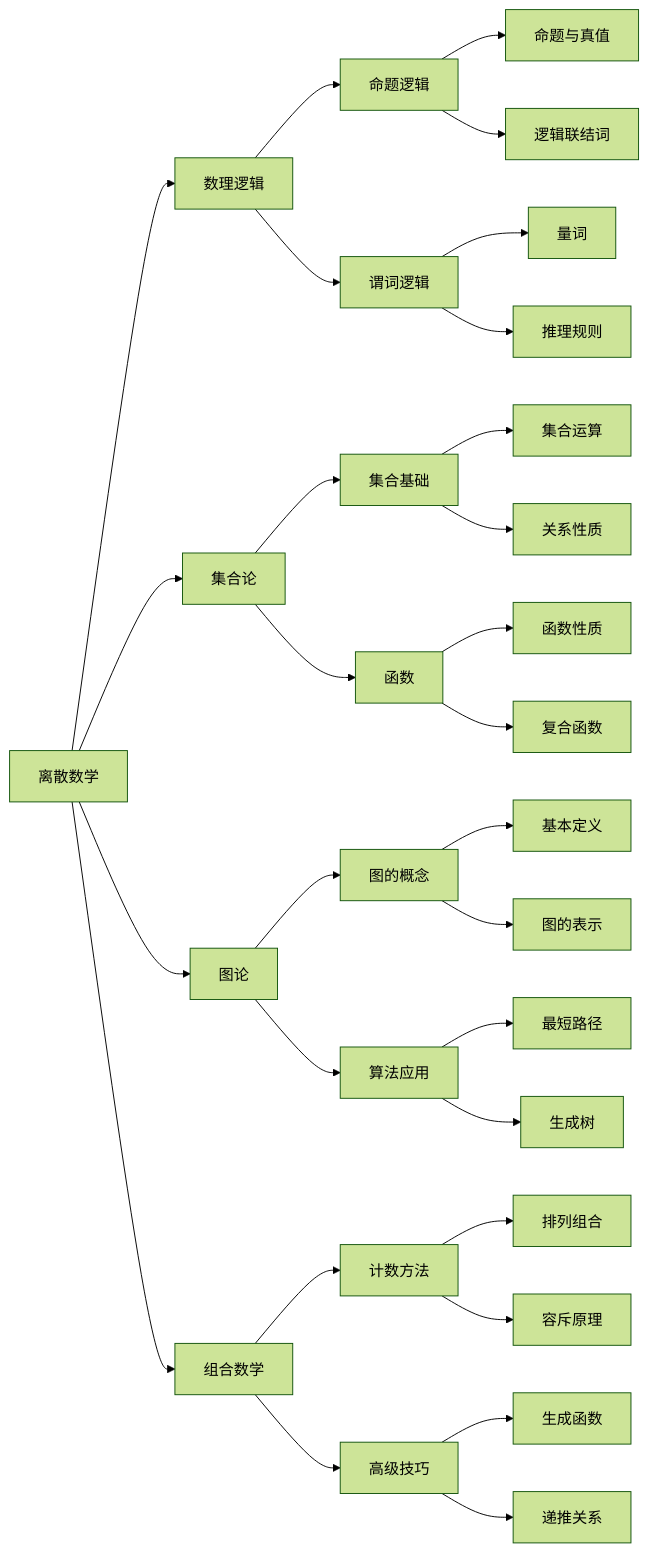
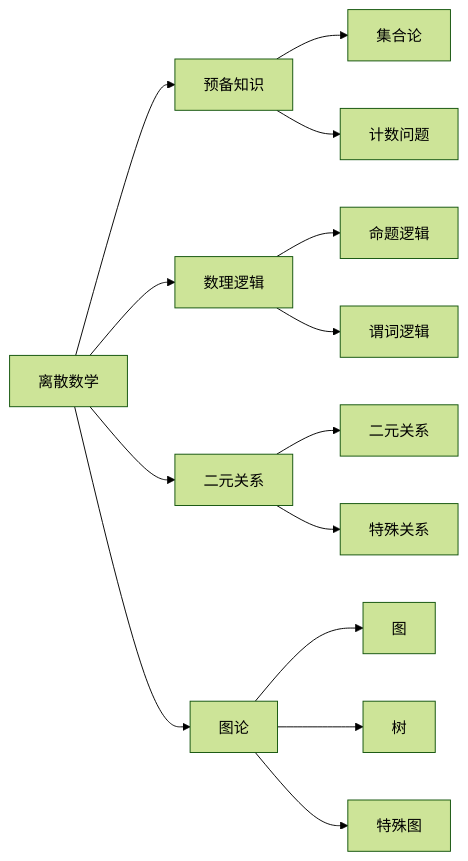
The diagram in _posts/uestc_course/2025-06-02-Discrete_mathematics.md (lanzinytt/lanzinytt.github.io), drawn with Mermaid (forest theme) before and after one commit. The commit also changed other lines of this file, not shown here.

```diff
--- a/_posts/uestc_course/2025-06-02-Discrete_mathematics.md
+++ b/_posts/uestc_course/2025-06-02-Discrete_mathematics.md
@@ -19,35 +19,20 @@
 <div class="mermaid">
 flowchart LR
-    A[离散数学] --> B[数理逻辑]
-    A --> C[集合论]
-    A --> D[图论]
-    A --> E[组合数学]
+    A[离散数学] --> B[预备知识]
+    A --> C[数理逻辑]
+    A --> D[二元关系]
+    A --> E[图论]
     
-    B --> B1[命题逻辑]
-    B --> B2[谓词逻辑]
-    B1 --> B11[命题与真值]
-    B1 --> B12[逻辑联结词]
-    B2 --> B21[量词]
-    B2 --> B22[推理规则]
+    B --> B1[集合论]
+    B --> B2[计数问题]
     
-    C --> C1[集合基础]
-    C --> C2[函数]
-    C1 --> C11[集合运算]
-    C1 --> C12[关系性质]
-    C2 --> C21[函数性质]
-    C2 --> C22[复合函数]
+    C --> C1[命题逻辑]
+    C --> C2[谓词逻辑]
     
-    D --> D1[图的概念]
-    D --> D2[算法应用]
-    D1 --> D11[基本定义]
-    D1 --> D12[图的表示]
-    D2 --> D21[最短路径]
-    D2 --> D22[生成树]
+    D --> D1[二元关系]
+    D --> D2[特殊关系]
     
-    E --> E1[计数方法]
-    E --> E2[高级技巧]
-    E1 --> E11[排列组合]
-    E1 --> E12[容斥原理]
-    E2 --> E21[生成函数]
-    E2 --> E22[递推关系]
+    E --> E1[图]
+    E --> E2[树]
+    E --> E3[特殊图]
 </div>
```
